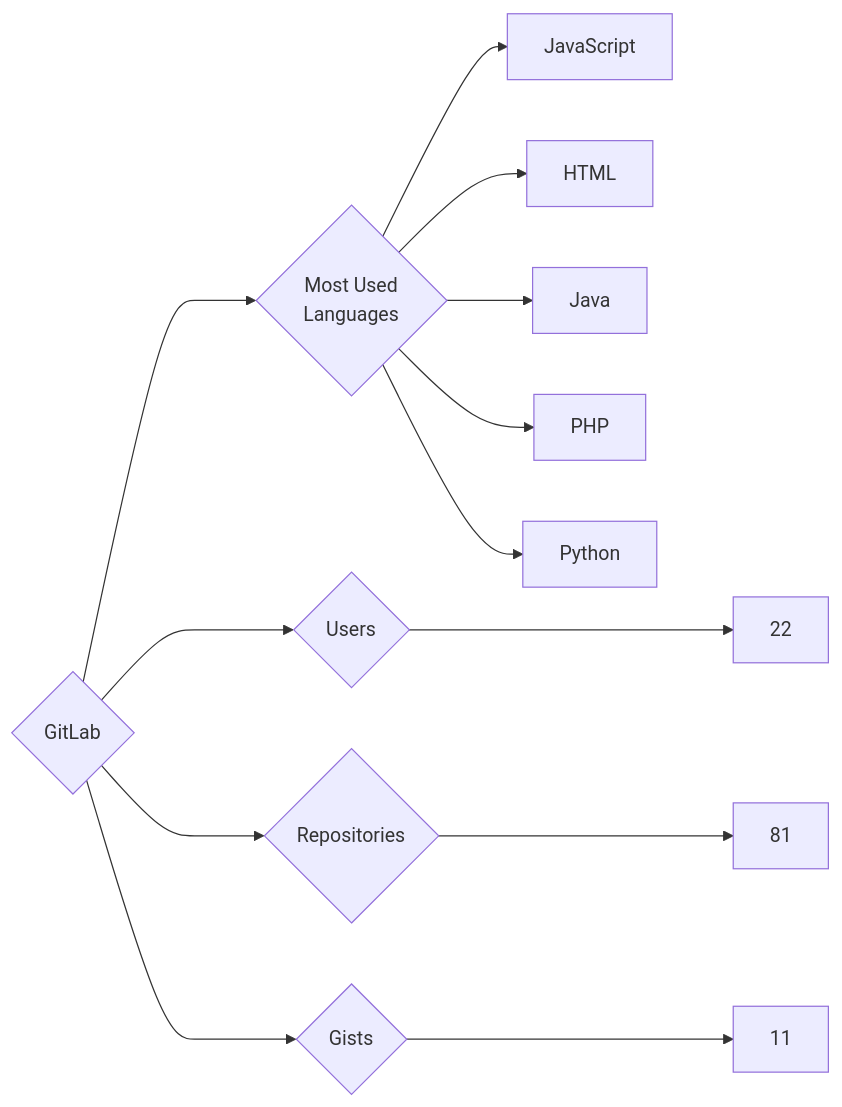
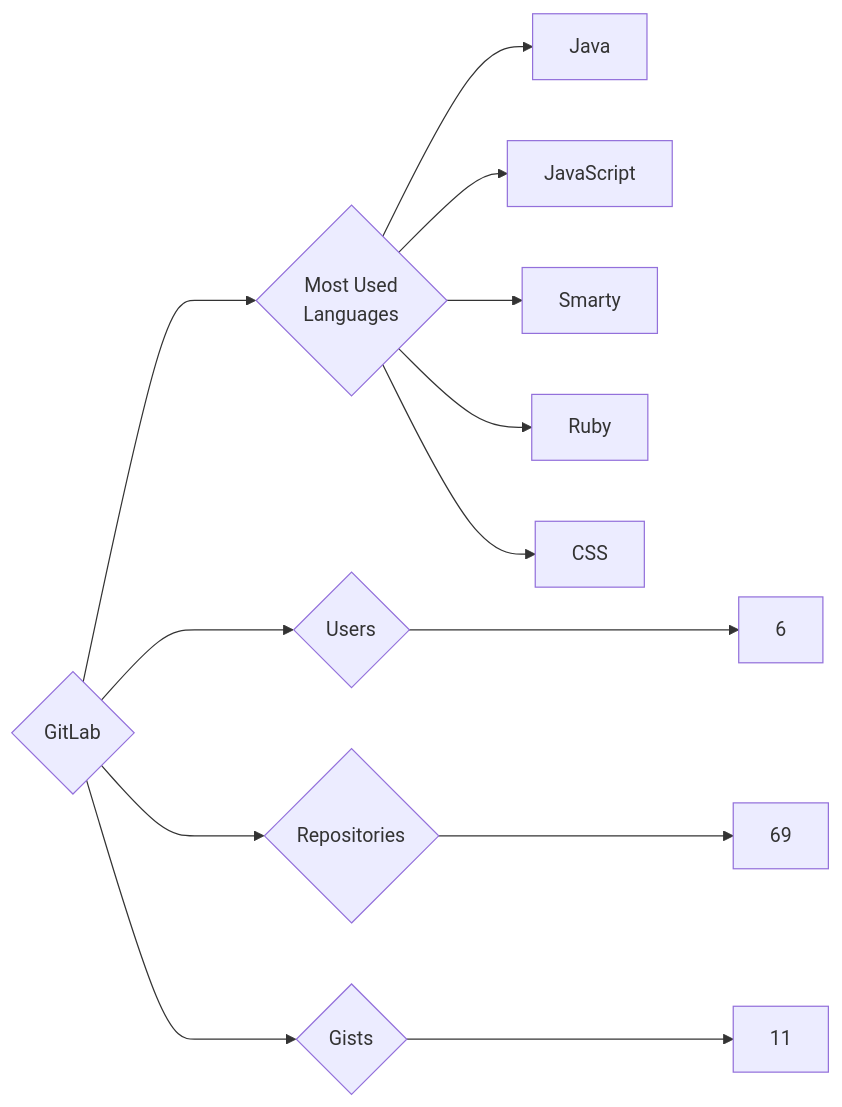
Before and after one commit to trickest/insiders: the diagram in targets/GitLab/README.md, drawn with Mermaid. The commit also changed 1170 other files, not shown here.

````diff
--- a/targets/GitLab/README.md
+++ b/targets/GitLab/README.md
@@ -3,13 +3,13 @@
 ```mermaid
 graph LR
 COMPANY_NAME{GitLab}
-COMPANY_NAME ---> U{Users} ---> UN[22]
-COMPANY_NAME ---> R{Repositories} ---> RN[81]
+COMPANY_NAME ---> U{Users} ---> UN[6]
+COMPANY_NAME ---> R{Repositories} ---> RN[69]
 COMPANY_NAME ---> G{Gists} ---> GN[11]
 COMPANY_NAME ---> ML{Most Used<br>Languages}
+ML --> Java[Java]
 ML --> JavaScript[JavaScript]
-ML --> HTML[HTML]
-ML --> Java[Java]
-ML --> PHP[PHP]
-ML --> Python[Python]
+ML --> Smarty[Smarty]
+ML --> Ruby[Ruby]
+ML --> CSS[CSS]
 ```
````
